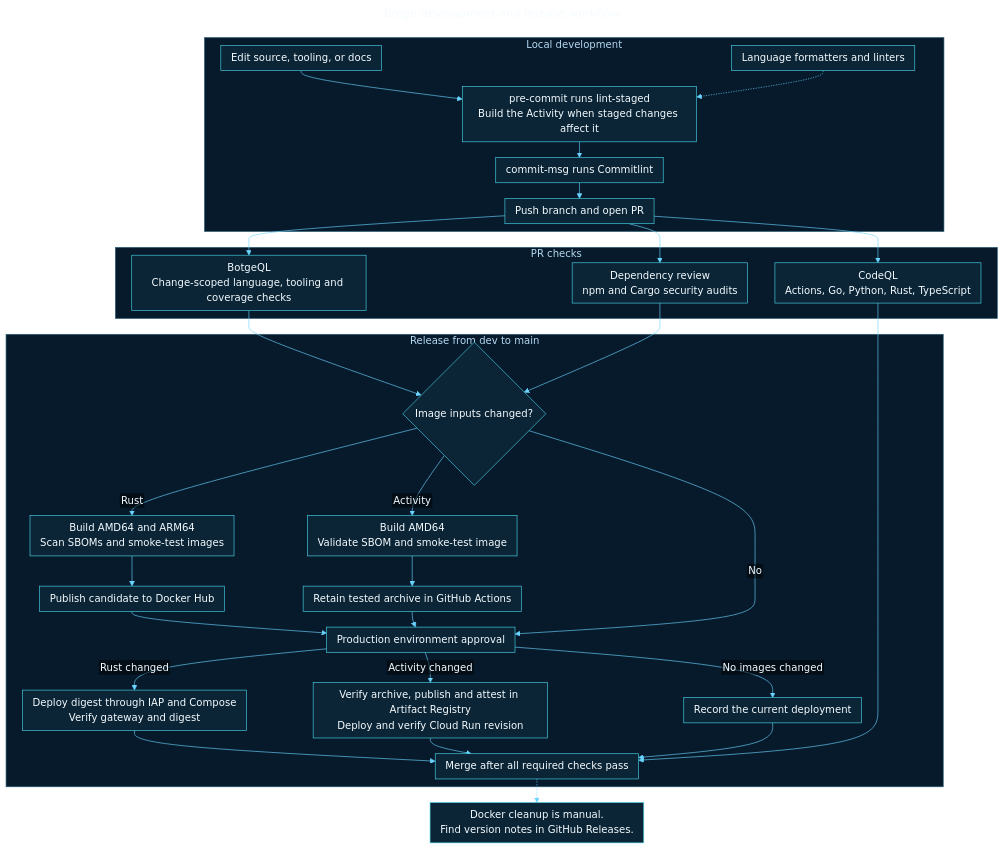
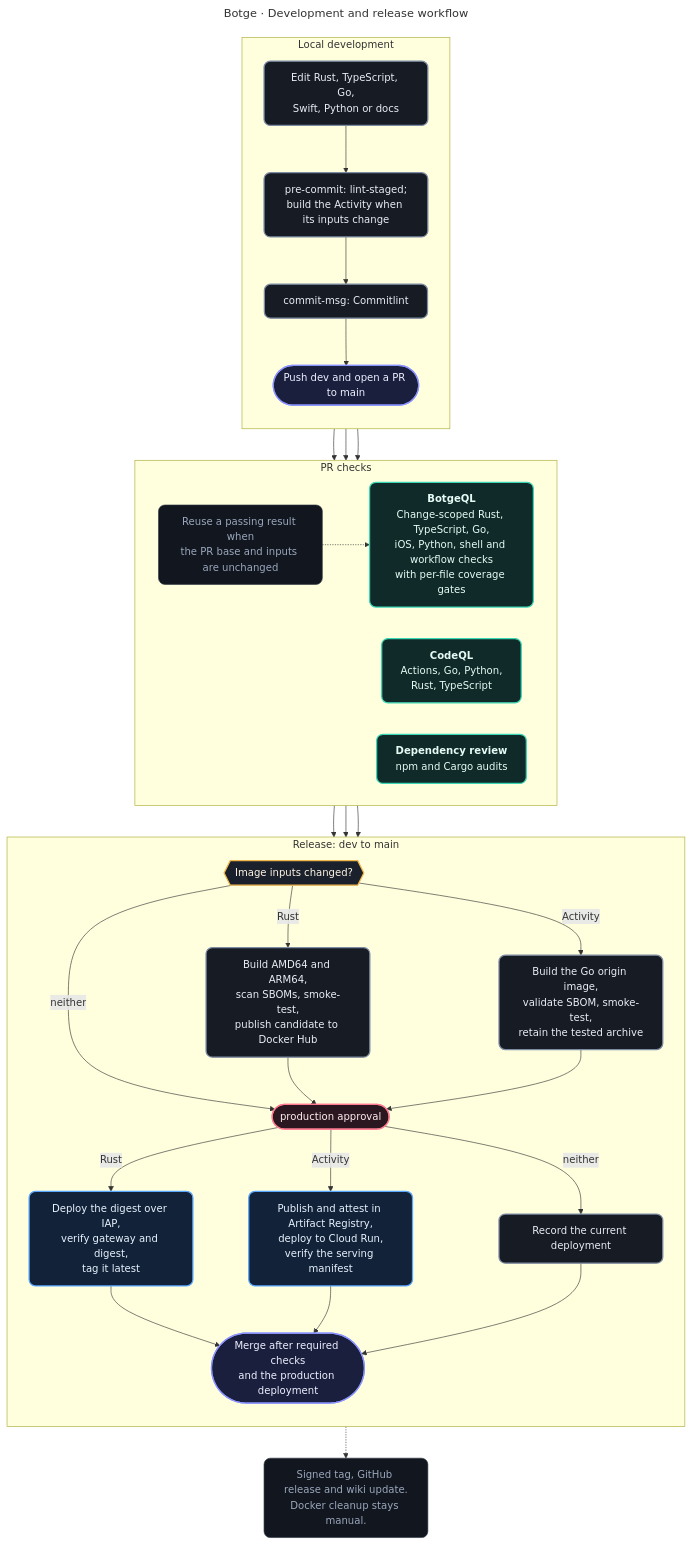
Before and after one commit to MrewyOrg/Botge: the diagram in docs/diagrams/development-workflow.mmd, drawn with Mermaid. The commit also changed 14 other files, not shown here.

First line of the commit message:
docs(architecture): render every diagram from Mermaid in a new dark style

```diff
--- a/docs/diagrams/development-workflow.mmd
+++ b/docs/diagrams/development-workflow.mmd
@@ -1,48 +1,58 @@
 ---
-title: Botge development and release workflow
-config:
-  theme: base
-  fontFamily: "Arial, sans-serif"
-  markdownAutoWrap: false
-  flowchart:
-    htmlLabels: false
-    wrappingWidth: 340
-    nodeSpacing: 32
-    rankSpacing: 25
-    padding: 8
-  themeVariables:
-    darkMode: true
-    background: "#041221"
-    primaryColor: "#0b2536"
-    primaryBorderColor: "#46d4e7"
-    primaryTextColor: "#f4fbff"
-    clusterBkg: "#071a2c"
-    clusterBorder: "#30657c"
-    textColor: "#f4fbff"
-    lineColor: "#6ad5ff"
-    fontFamily: "Arial, sans-serif"
+title: Botge · Development and release workflow
 ---
 flowchart TB
-    subgraph local[Local development]
-        edit["Edit source, tooling, or docs"] --> staged["pre-commit runs lint-staged<br/>Build the Activity when staged changes affect it"]
-        staged --> message["commit-msg runs Commitlint"] --> pr["Push branch and open PR"]
-        tools["Language formatters and linters"] -.-> staged
+    subgraph local["Local development"]
+        direction TB
+        edit["Edit Rust, TypeScript, Go,<br/>Swift, Python or docs"] --> staged["pre-commit: lint-staged;<br/>build the Activity when its inputs change"]
+        staged --> message["commit-msg: Commitlint"] --> pr(["Push dev and open a PR to main"])
     end
-    subgraph checks[PR checks]
-        quality["BotgeQL<br/>Change-scoped language, tooling and coverage checks"]
-        codeql["CodeQL<br/>Actions, Go, Python, Rust, TypeScript"]
-        deps["Dependency review<br/>npm and Cargo security audits"]
+
+    subgraph checks["PR checks"]
+        direction LR
+        quality["<b>BotgeQL</b><br/>Change-scoped Rust, TypeScript, Go,<br/>iOS, Python, shell and workflow checks<br/>with per-file coverage gates"]
+        reuse["Reuse a passing result when<br/>the PR base and inputs are unchanged"]
+        codeql["<b>CodeQL</b><br/>Actions, Go, Python,<br/>Rust, TypeScript"]
+        deps["<b>Dependency review</b><br/>npm and Cargo audits"]
+        reuse -.-> quality
     end
-    subgraph release[Release from dev to main]
-        changed{"Image inputs changed?"}
-        changed -->|Rust| rust["Build AMD64 and ARM64<br/>Scan SBOMs and smoke-test images"] --> hub["Publish candidate to Docker Hub"] --> approval
-        changed -->|Activity| go["Build AMD64<br/>Validate SBOM and smoke-test image"] --> artifact["Retain tested archive in GitHub Actions"] --> approval
-        changed -->|No| approval["Production environment approval"]
-        approval -->|Rust changed| vm["Deploy digest through IAP and Compose<br/>Verify gateway and digest"] --> merge
-        approval -->|Activity changed| run["Verify archive, publish and attest in Artifact Registry<br/>Deploy and verify Cloud Run revision"] --> merge
-        approval -->|No images changed| record["Record the current deployment"] --> merge["Merge after all required checks pass"]
+
+    subgraph release["Release: dev to main"]
+        direction TB
+        changed{{"Image inputs changed?"}}
+        changed -->|Rust| rust["Build AMD64 and ARM64,<br/>scan SBOMs, smoke-test,<br/>publish candidate to Docker Hub"]
+        changed -->|Activity| go["Build the Go origin image,<br/>validate SBOM, smoke-test,<br/>retain the tested archive"]
+        changed -->|neither| approval
+        rust --> approval(["production approval"])
+        go --> approval
+        approval -->|Rust| vm["Deploy the digest over IAP,<br/>verify gateway and digest,<br/>tag it latest"]
+        approval -->|Activity| run["Publish and attest in Artifact Registry,<br/>deploy to Cloud Run,<br/>verify the serving manifest"]
+        approval -->|neither| record["Record the current deployment"]
+        vm --> merge(["Merge after required checks<br/>and the production deployment"])
+        run --> merge
+        record --> merge
     end
+
     pr --> quality & codeql & deps
     quality & deps --> changed
     codeql --> merge
-    merge -.-> note["Docker cleanup is manual.<br/>Find version notes in GitHub Releases."]
+    merge -.-> after["Signed tag, GitHub release and wiki update.<br/>Docker cleanup stays manual."]
+
+    classDef entry fill:#1a1f3d,stroke:#8b93ff,color:#eef0ff,stroke-width:2px,rx:10,ry:10
+    classDef core fill:#0f2a28,stroke:#3dd6b5,color:#e6fbf6,stroke-width:2px,rx:10,ry:10
+    classDef data fill:#2b2212,stroke:#f0b54a,color:#fff5e3,stroke-width:2px,rx:10,ry:10
+    classDef cloud fill:#122238,stroke:#5aa7ff,color:#e8f2ff,stroke-width:2px,rx:10,ry:10
+    classDef base fill:#161b24,stroke:#7d8ba3,color:#e9edf4,stroke-width:2px,rx:10,ry:10
+    classDef gate fill:#1b212c,stroke:#f0b54a,color:#fff5e3,stroke-width:2px,rx:10,ry:10
+    classDef deny fill:#2a1720,stroke:#ff7a90,color:#ffeef1,stroke-width:2px,rx:10,ry:10
+    classDef muted fill:#12161e,stroke:#2b3341,color:#9aa7bd,rx:10,ry:10
+    class edit,staged,message base
+    class pr,merge entry
+    class quality,codeql,deps core
+    class reuse muted
+    class changed gate
+    class approval deny
+    class rust,go base
+    class vm,run cloud
+    class record base
+    class after muted
```
